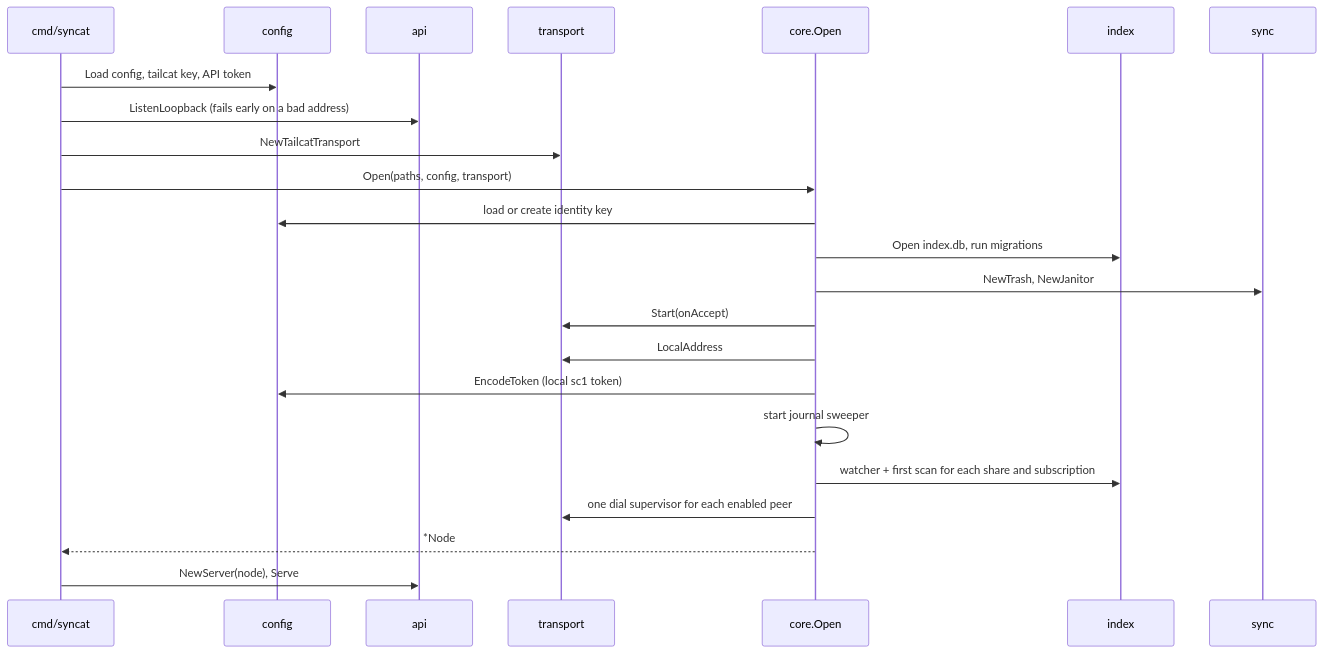
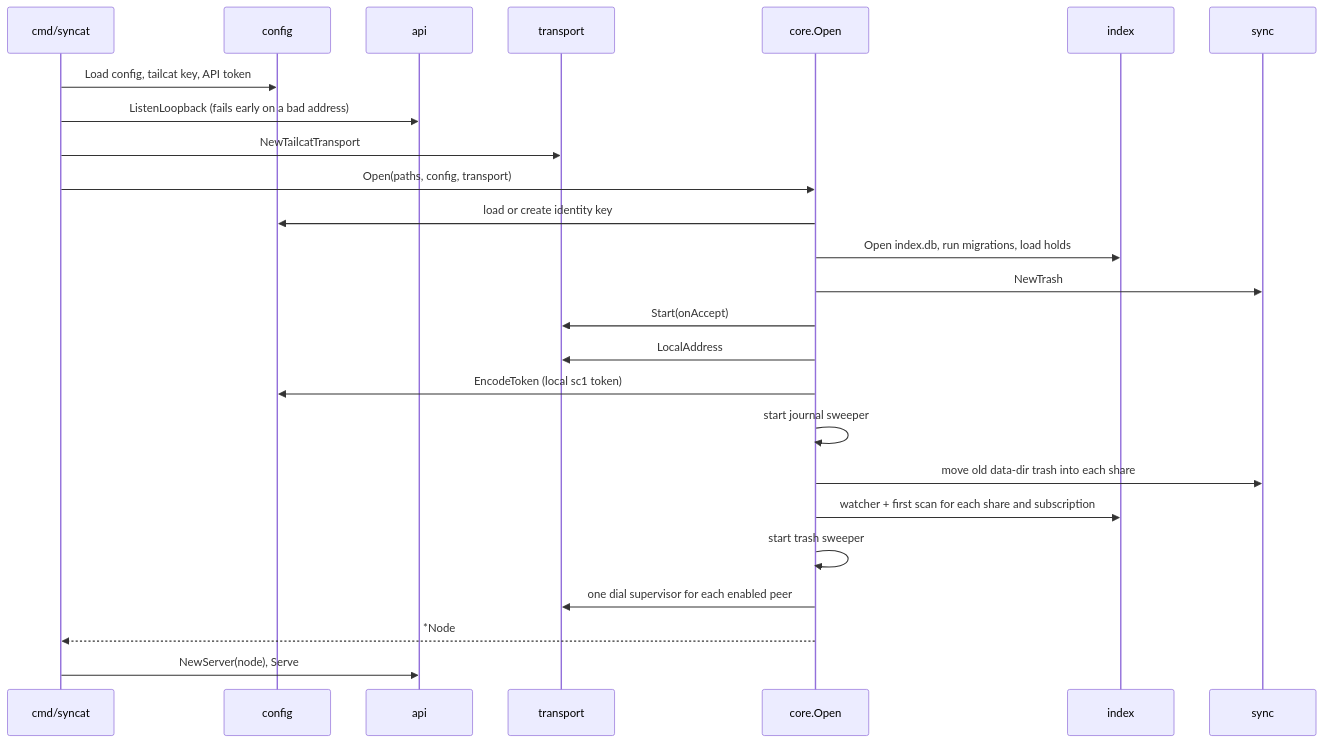
Before and after one commit to nickmarrone/syncat: the ninth of 14 diagrams in ARCHITECTURE.md, drawn with Mermaid. The commit also changed other lines of this file and 7 other files, not shown here.

First line of the commit message:
Document holds, the in-share trash, and that syncat is not a backup

````diff
--- a/ARCHITECTURE.md
+++ b/ARCHITECTURE.md
@@ -656,26 +667,28 @@
 ```mermaid
 sequenceDiagram
     participant CLI as cmd/syncat
     participant Cfg as config
     participant API as api
     participant Tr as transport
     participant Core as core.Open
     participant Idx as index
     participant Sync as sync
 
     CLI->>Cfg: Load config, tailcat key, API token
     CLI->>API: ListenLoopback (fails early on a bad address)
     CLI->>Tr: NewTailcatTransport
     CLI->>Core: Open(paths, config, transport)
     Core->>Cfg: load or create identity key
-    Core->>Idx: Open index.db, run migrations
-    Core->>Sync: NewTrash, NewJanitor
+    Core->>Idx: Open index.db, run migrations, load holds
+    Core->>Sync: NewTrash
     Core->>Tr: Start(onAccept)
     Core->>Tr: LocalAddress
     Core->>Cfg: EncodeToken (local sc1 token)
     Core->>Core: start journal sweeper
+    Core->>Sync: move old data-dir trash into each share
     Core->>Idx: watcher + first scan for each share and subscription
+    Core->>Core: start trash sweeper
     Core->>Tr: one dial supervisor for each enabled peer
     Core-->>CLI: *Node
     CLI->>API: NewServer(node), Serve
 ```
````
